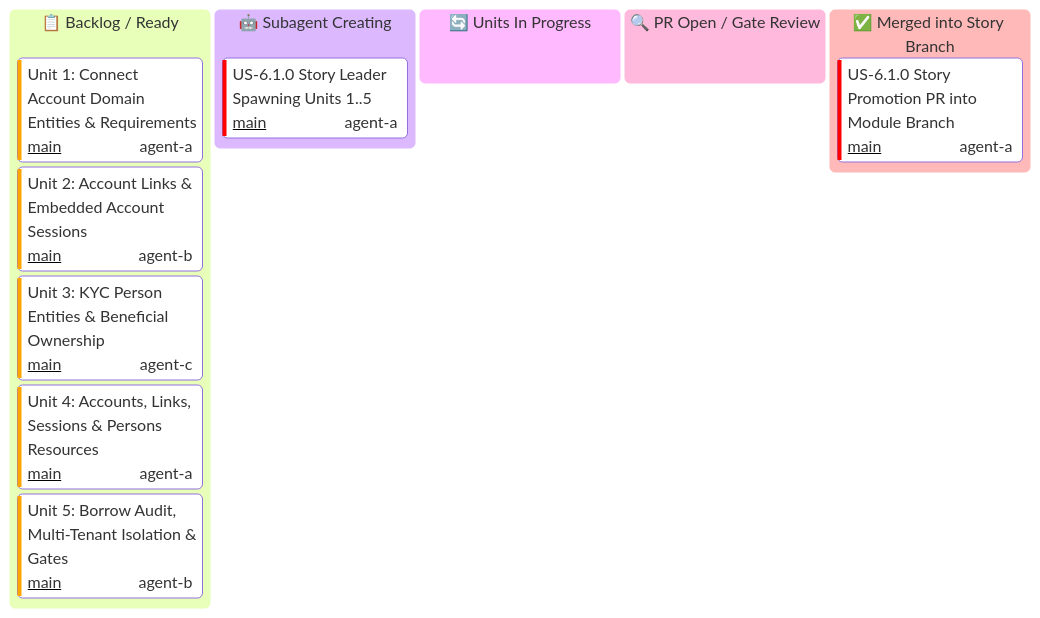
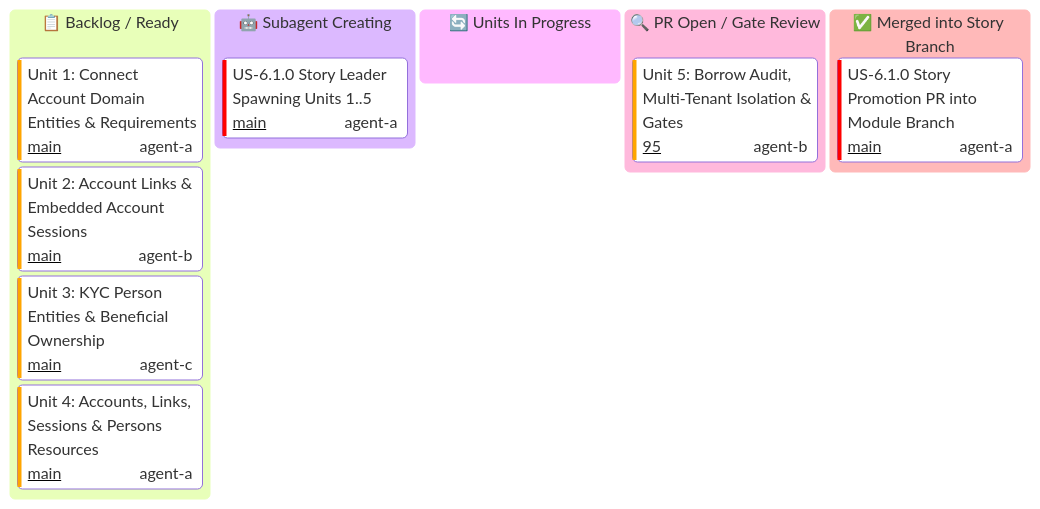
One commit to some-of-cs/some-stripe changed the diagram in docs/user-stories/module-6-connect-and-marketplaces/US-6.1.0-KANBAN.md. Above: the diagram before and after it, drawn with Mermaid. The commit also changed other lines of this file, not shown here.

Commit message:
docs(us-6.1.0): mark Unit 5 as in review with PR #95

````diff
--- a/docs/user-stories/module-6-connect-and-marketplaces/US-6.1.0-KANBAN.md
+++ b/docs/user-stories/module-6-connect-and-marketplaces/US-6.1.0-KANBAN.md
@@ -15,20 +15,20 @@
 ```mermaid
 ---
 config:
   kanban:
     ticketBaseUrl: 'https://github.com/some-of-cs/some-stripe/pull/#TICKET#'
 ---
 kanban
   todo[📋 Backlog / Ready]
     u611[Unit 1: Connect Account Domain Entities & Requirements]@{ ticket: 'main', assigned: 'agent-a', priority: 'High' }
     u612[Unit 2: Account Links & Embedded Account Sessions]@{ ticket: 'main', assigned: 'agent-b', priority: 'High' }
     u613[Unit 3: KYC Person Entities & Beneficial Ownership]@{ ticket: 'main', assigned: 'agent-c', priority: 'High' }
     u614[Unit 4: Accounts, Links, Sessions & Persons Resources]@{ ticket: 'main', assigned: 'agent-a', priority: 'High' }
-    u615[Unit 5: Borrow Audit, Multi-Tenant Isolation & Gates]@{ ticket: 'main', assigned: 'agent-b', priority: 'High' }
   spawning[🤖 Subagent Creating]
     s61_spawning[US-6.1.0 Story Leader Spawning Units 1..5]@{ ticket: 'main', assigned: 'agent-a', priority: 'Very High' }
   in_progress[🔄 Units In Progress]
   review[🔍 PR Open / Gate Review]
+    u615[Unit 5: Borrow Audit, Multi-Tenant Isolation & Gates]@{ ticket: '95', assigned: 'agent-b', priority: 'High' }
   done[✅ Merged into Story Branch]
     s61_pr[US-6.1.0 Story Promotion PR into Module Branch]@{ ticket: 'main', assigned: 'agent-a', priority: 'Very High' }
 ```
````
